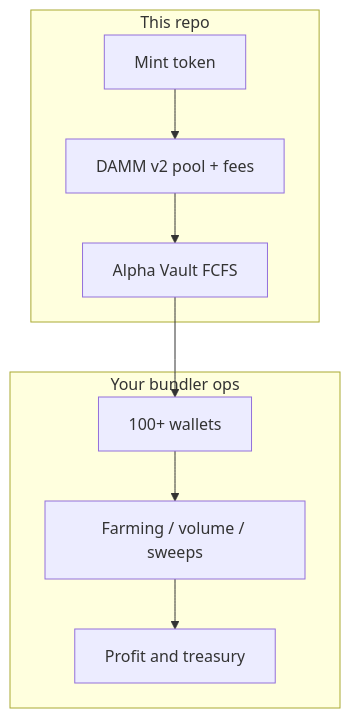
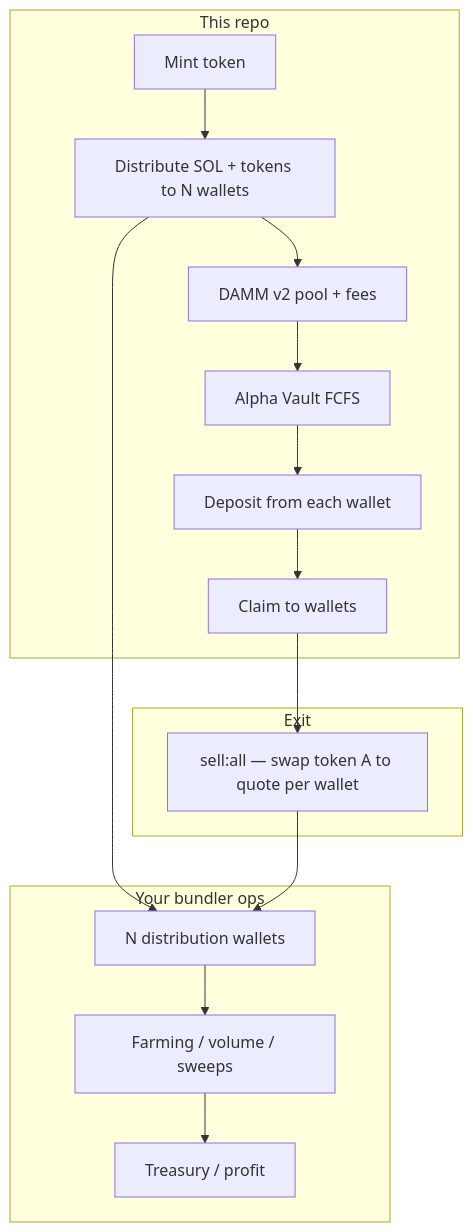
Before and after one commit to apollotoday/Meteora-Rug-Bot: the diagram in README.md, drawn with Mermaid. The commit also changed other lines of this file and 11600 other files, not shown here.

````diff
--- a/README.md
+++ b/README.md
@@ -35,16 +53,24 @@
 ```mermaid
 flowchart TB
   subgraph launch["This repo"]
     M[Mint token]
+    D[Distribute SOL + tokens to N wallets]
     P[DAMM v2 pool + fees]
     V[Alpha Vault FCFS]
+    DP[Deposit from each wallet]
+    C[Claim to wallets]
+  end
+  subgraph ops_extra["Exit"]
+    S[sell:all — swap token A to quote per wallet]
   end
   subgraph ops["Your bundler ops"]
-    W[100+ wallets]
+    W[N distribution wallets]
     F[Farming / volume / sweeps]
-    R[Profit and treasury]
+    R[Treasury / profit]
   end
-  M --> P --> V
-  V --> W
+  M --> D --> P --> V --> DP --> C
+  C --> S
+  D --> W
+  S --> W
   W --> F --> R
 ```
````
